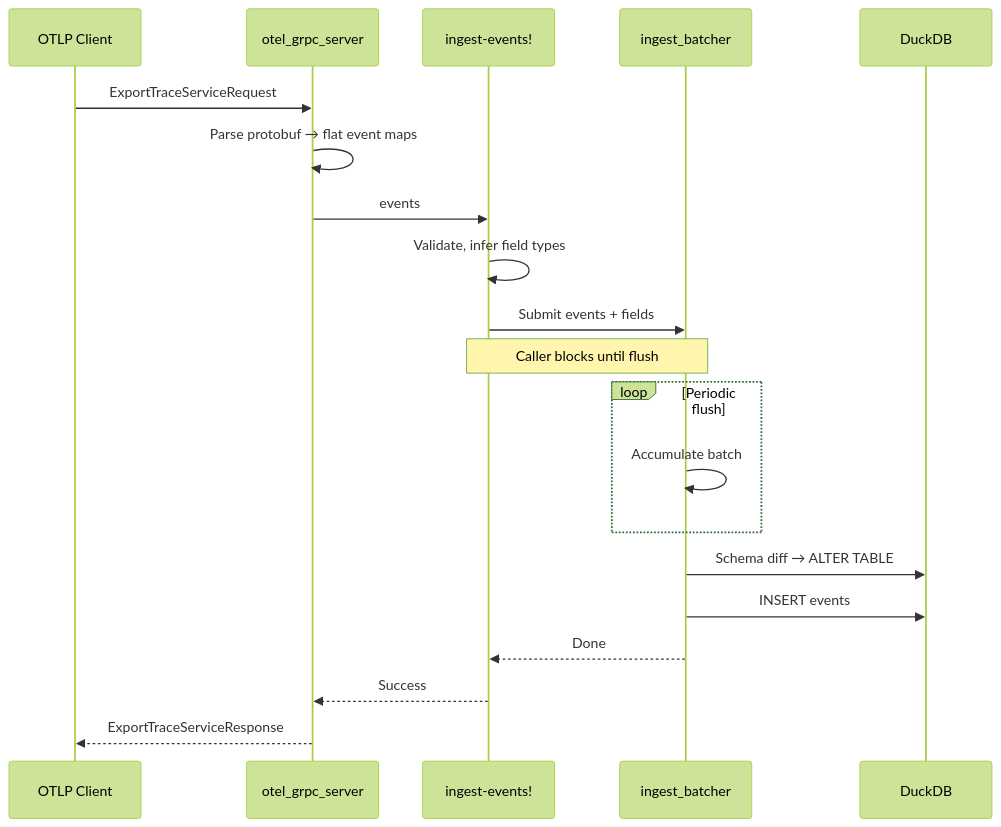
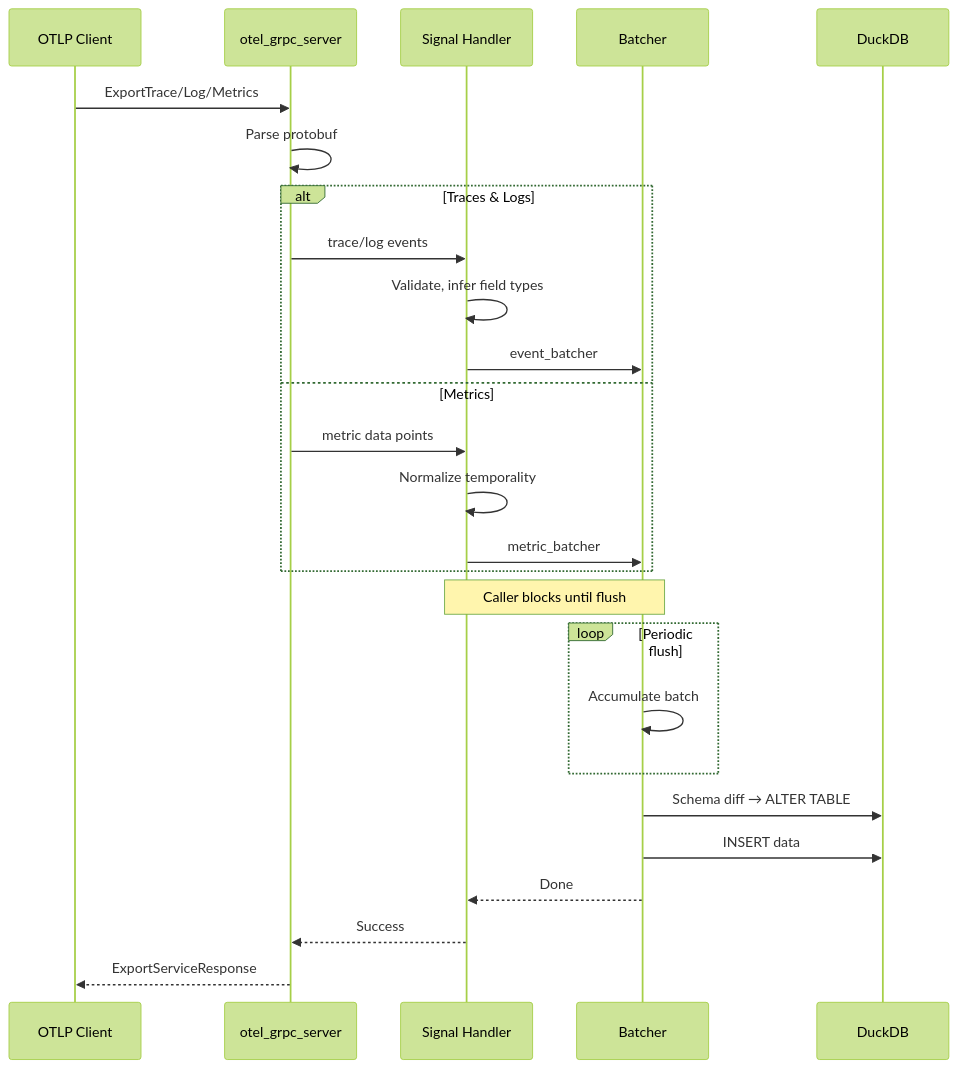
The diagram in README.md (o11ylite/o11ylite), drawn with Mermaid (forest theme) before and after one commit. The commit also changed other lines of this file and 2 other files, not shown here.

````diff
--- a/README.md
+++ b/README.md
@@ -23,25 +23,31 @@
 ```mermaid
 sequenceDiagram
     participant Client as OTLP Client
     participant GRPC as otel_grpc_server
-    participant Ingest as ingest-events!
-    participant Batcher as ingest_batcher
+    participant Handler as Signal Handler
+    participant Batcher as Batcher
     participant DB as DuckDB
 
-    Client->>GRPC: ExportTraceServiceRequest
-    GRPC->>GRPC: Parse protobuf → flat event maps
-    GRPC->>Ingest: events
-    Ingest->>Ingest: Validate, infer field types
-    Ingest->>Batcher: Submit events + fields
-    Note over Ingest,Batcher: Caller blocks until flush
+    Client->>GRPC: ExportTrace/Log/Metrics
+    GRPC->>GRPC: Parse protobuf
+    alt Traces & Logs
+        GRPC->>Handler: trace/log events
+        Handler->>Handler: Validate, infer field types
+        Handler->>Batcher: event_batcher
+    else Metrics
+        GRPC->>Handler: metric data points
+        Handler->>Handler: Normalize temporality
+        Handler->>Batcher: metric_batcher
+    end
+    Note over Handler,Batcher: Caller blocks until flush
 
     loop Periodic flush
         Batcher->>Batcher: Accumulate batch
     end
 
     Batcher->>DB: Schema diff → ALTER TABLE
-    Batcher->>DB: INSERT events
-    Batcher-->>Ingest: Done
-    Ingest-->>GRPC: Success
-    GRPC-->>Client: ExportTraceServiceResponse
+    Batcher->>DB: INSERT data
+    Batcher-->>Handler: Done
+    Handler-->>GRPC: Success
+    GRPC-->>Client: ExportServiceResponse
 ```
````
